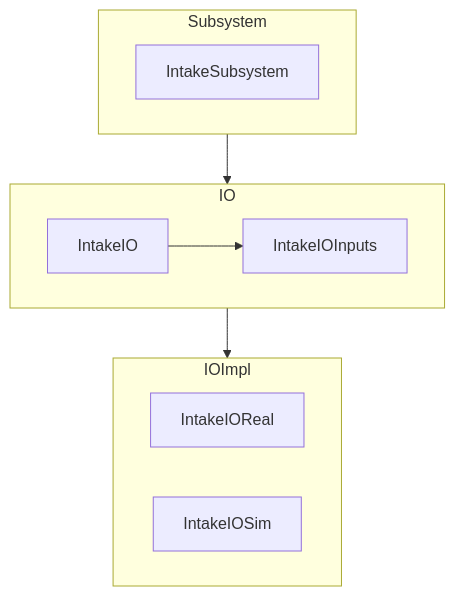
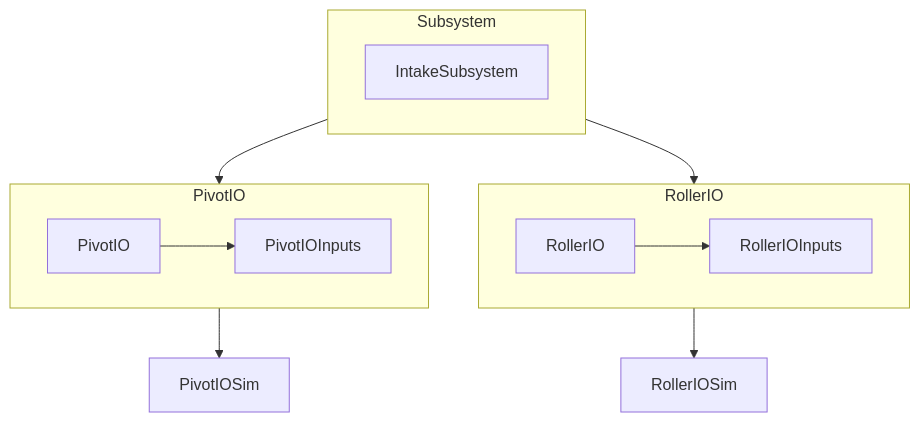
Before and after one commit to HighlanderRobotics/Highlanders-Training: the second of 3 diagrams in Docs/2_Architecture/2.7_AKitStructureReference.md, drawn with Mermaid. The commit also changed other lines of this file, not shown here.

````diff
--- a/Docs/2_Architecture/2.7_AKitStructureReference.md
+++ b/Docs/2_Architecture/2.7_AKitStructureReference.md
@@ -64,16 +53,18 @@
 ```mermaid
 flowchart TD
     subgraph Subsystem
         A[IntakeSubsystem]
     end
-    Subsystem-->IO
-    subgraph IO
+    Subsystem-->PivotIO
+    subgraph PivotIO
         direction LR
-        B[IntakeIO]-->E[IntakeIOInputs]
+        B[PivotIO]-->D[PivotIOInputs]
     end
-    IO-->IOImpl
-    subgraph IOImpl
-        C[IntakeIOReal]
-        D[IntakeIOSim]
+    PivotIO-->H[PivotIOSim]
+    Subsystem-->RollerIO
+    subgraph RollerIO
+        direction LR
+        E[RollerIO]-->F[RollerIOInputs]
     end
+    RollerIO-->G[RollerIOSim]
 ```
````
